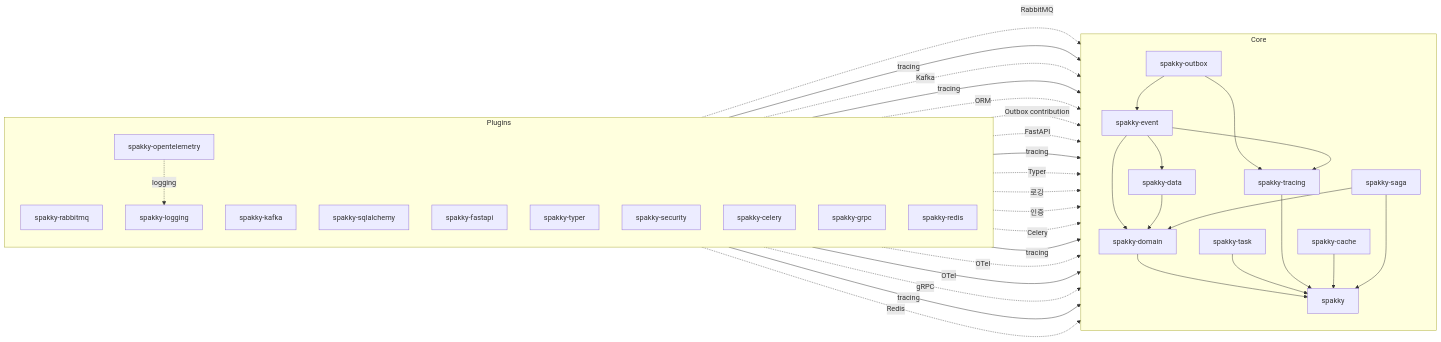
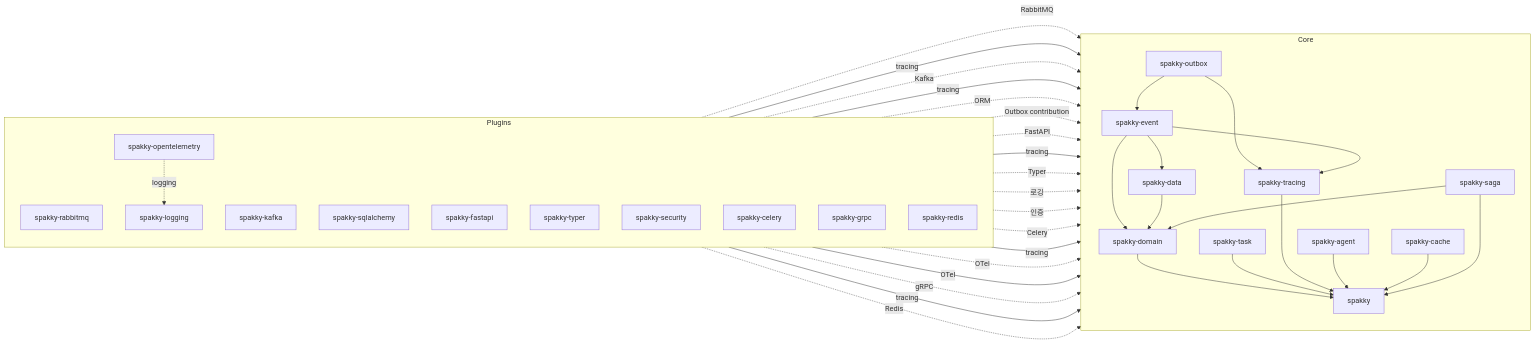
The diagram in docs/index.md (E5presso/spakky-framework), drawn with Mermaid before and after one commit. The commit also changed other lines of this file and 27 other files, not shown here.

Commit message:
feat(agent): add core package contracts

````diff
--- a/docs/index.md
+++ b/docs/index.md
@@ -255,53 +256,54 @@
 ```mermaid
 flowchart LR
   subgraph Plugins[Plugins]
     direction TB
     rabbitmq[spakky-rabbitmq]
     kafka[spakky-kafka]
     sqlalchemy[spakky-sqlalchemy]
     fastapi[spakky-fastapi]
     typer[spakky-typer]
     logging[spakky-logging]
     security[spakky-security]
     celery[spakky-celery]
     opentelemetry[spakky-opentelemetry]
     grpc[spakky-grpc]
     redis[spakky-redis]
   end
 
   subgraph Core[Core]
     direction TB
     outbox[spakky-outbox] --> event[spakky-event]
     outbox --> tracing_dep[spakky-tracing]
     event --> data[spakky-data]
     event --> tracing_dep
     event --> domain[spakky-domain]
     data --> domain
     domain --> core[spakky]
     task[spakky-task] --> core
     tracing_dep --> core
+    agent[spakky-agent] --> core
     cache[spakky-cache] --> core
     saga[spakky-saga] --> domain
     saga --> core
   end
 
   rabbitmq -. RabbitMQ .-> event
   rabbitmq -- tracing --> tracing_dep
   kafka -. Kafka .-> event
   kafka -- tracing --> tracing_dep
   sqlalchemy -. ORM .-> data
   sqlalchemy -. Outbox contribution .-> outbox
   fastapi -. FastAPI .-> core
   fastapi -- tracing --> tracing_dep
   typer -. Typer .-> core
   logging -. 로깅 .-> core
   security -. 인증 .-> core
   celery -. Celery .-> task
   celery -- tracing --> tracing_dep
   opentelemetry -. OTel .-> core
   opentelemetry -- OTel --> tracing_dep
   opentelemetry -. logging .-> logging
   grpc -. gRPC .-> core
   grpc -- tracing --> tracing_dep
   redis -. Redis .-> cache
 ```
````
